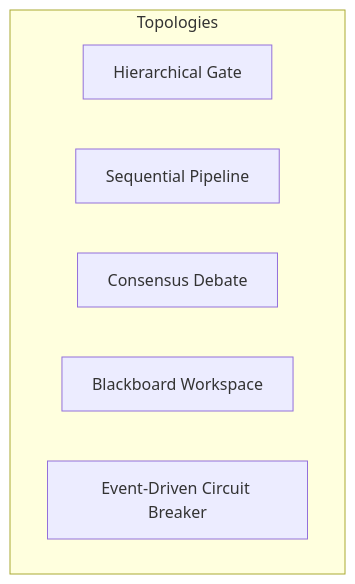
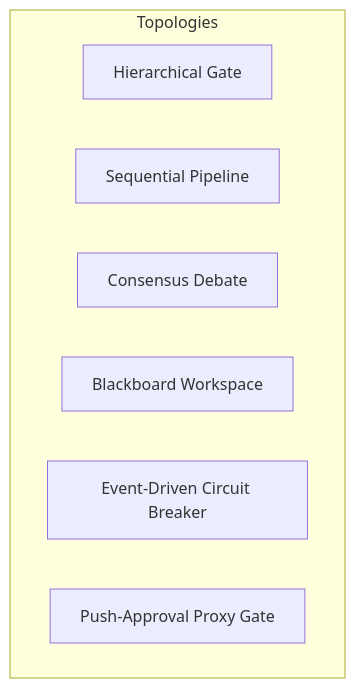
Before and after one commit to RemyLoveLogicAI/awesome-bot-teams: the diagram in docs/ARCHITECTURE.md, drawn with Mermaid. The commit also changed other lines of this file and 7 other files, not shown here.

````diff
--- a/docs/ARCHITECTURE.md
+++ b/docs/ARCHITECTURE.md
@@ -11,10 +11,11 @@
 ```mermaid
 graph TD
     subgraph Topologies
         A[Hierarchical Gate]
         B[Sequential Pipeline]
         C[Consensus Debate]
         D[Blackboard Workspace]
         E[Event-Driven Circuit Breaker]
+        F[Push-Approval Proxy Gate]
     end
 ```
````
